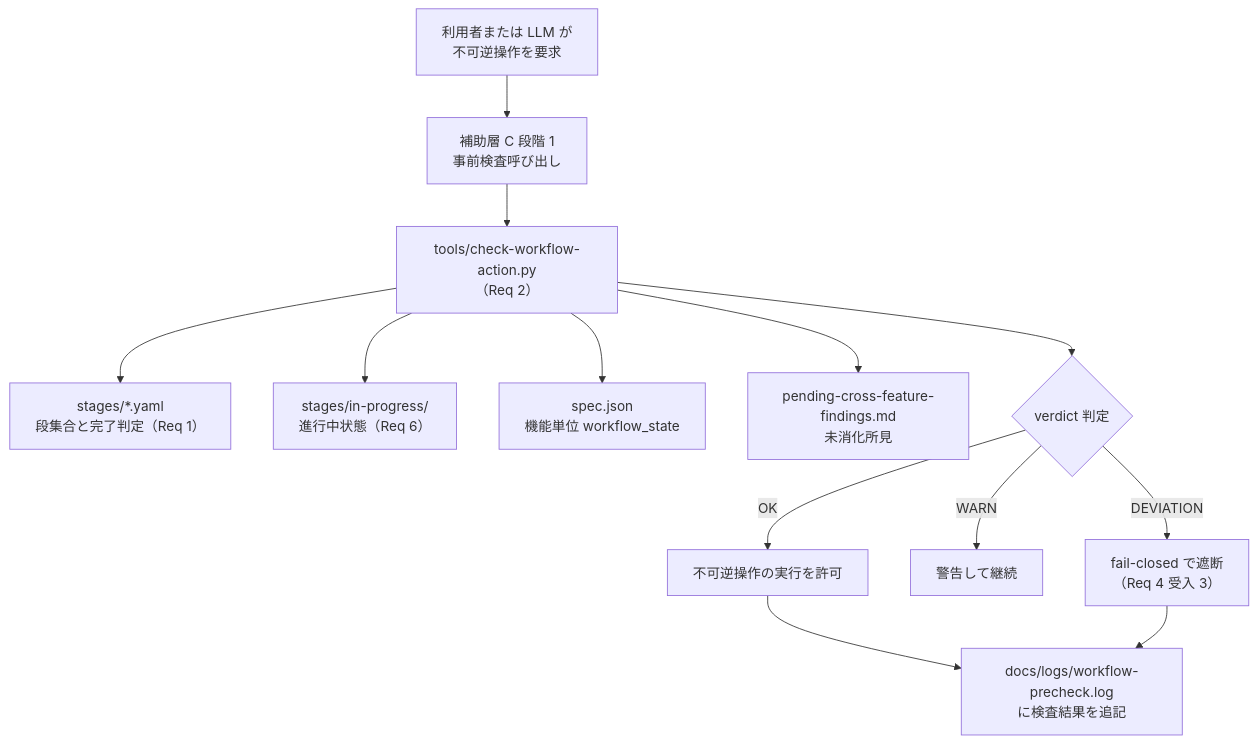
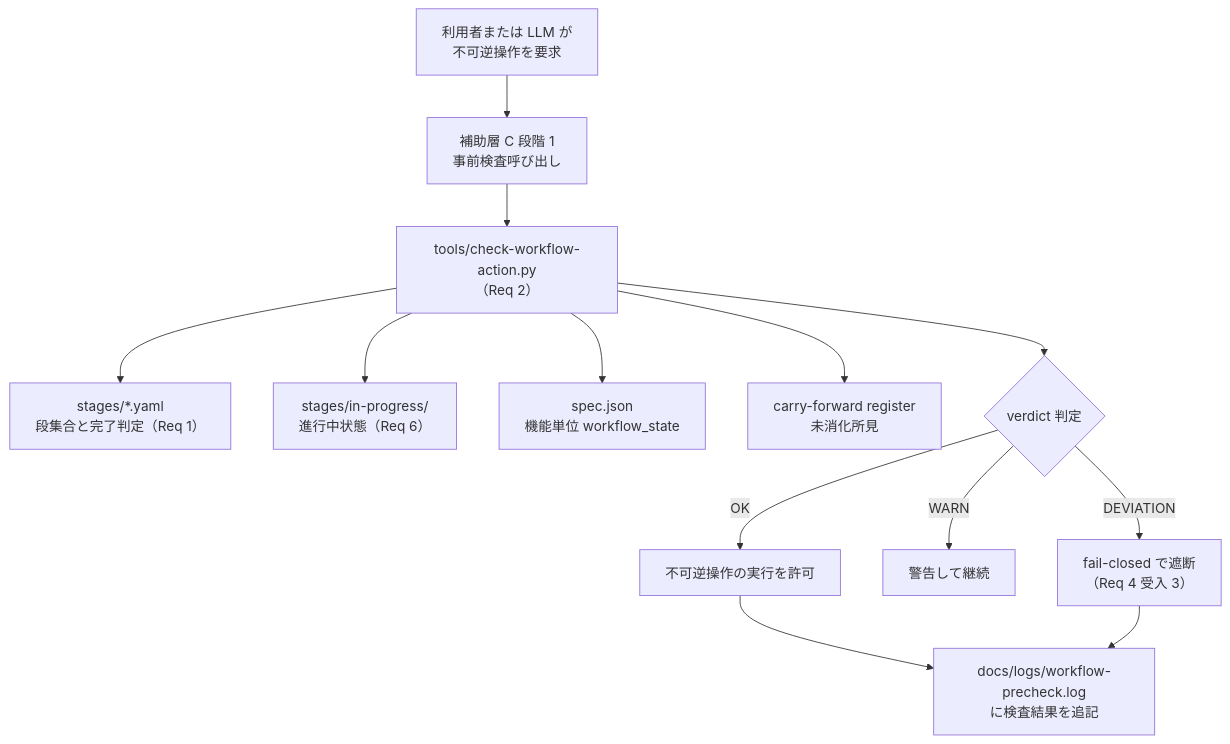
One commit to kenoogl/ReviewCompass changed the diagram in .reviewcompass/specs/workflow-management/design.md. Above: the diagram before and after it, drawn with Mermaid. The commit also changed other lines of this file and 51 other files, not shown here.

Commit message:
Abstract carry-forward findings register

````diff
--- a/.reviewcompass/specs/workflow-management/design.md
+++ b/.reviewcompass/specs/workflow-management/design.md
@@ -71,15 +71,15 @@
 ```mermaid
 graph TD
     Trigger["利用者または LLM が<br>不可逆操作を要求"] --> Precheck["補助層 C 段階 1<br>事前検査呼び出し"]
     Precheck --> Script["tools/check-workflow-action.py<br>（Req 2）"]
     Script --> Stages["stages/*.yaml<br>段集合と完了判定（Req 1）"]
     Script --> InProgress["stages/in-progress/<br>進行中状態（Req 6）"]
     Script --> SpecJson["spec.json<br>機能単位 workflow_state"]
-    Script --> Pending["pending-cross-feature-findings.md<br>未消化所見"]
+    Script --> CarryForward["carry-forward register<br>未消化所見"]
     Script --> Verdict{"verdict 判定"}
     Verdict -->|OK| Pass["不可逆操作の実行を許可"]
     Verdict -->|WARN| Warn["警告して継続"]
     Verdict -->|DEVIATION| Block["fail-closed で遮断<br>（Req 4 受入 3）"]
     Pass --> Log["docs/logs/workflow-precheck.log<br>に検査結果を追記"]
     Block --> Log
 ```
````
